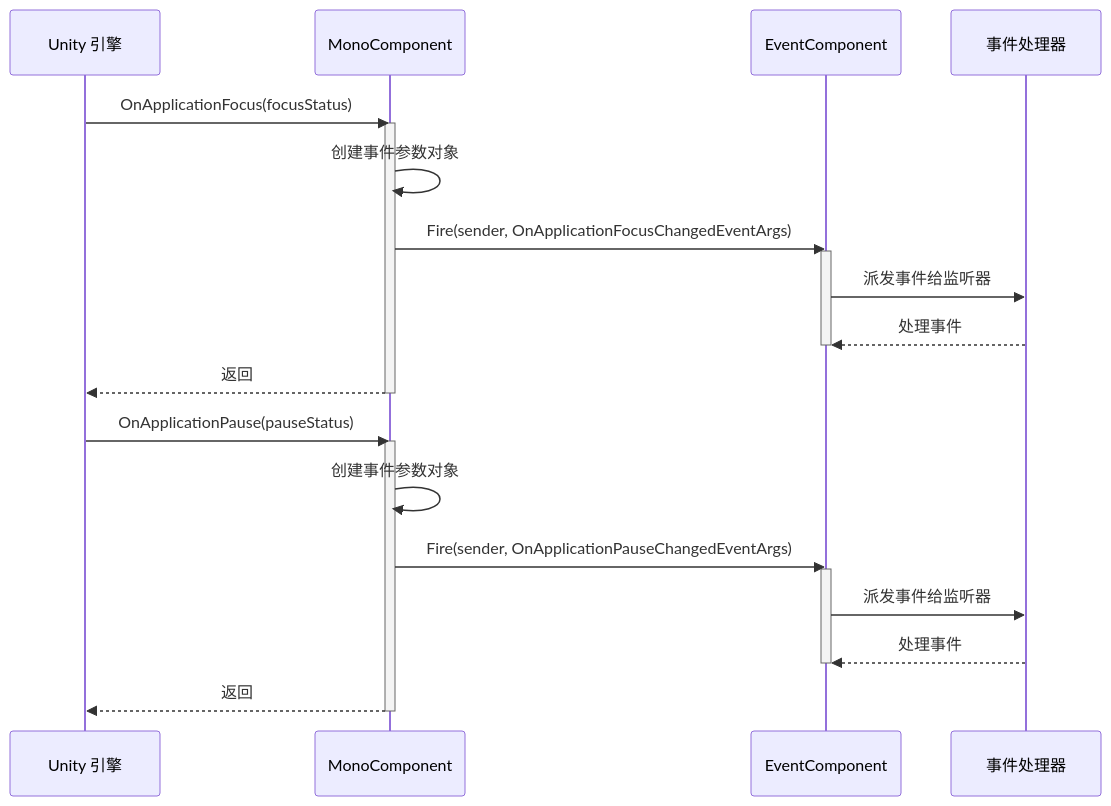
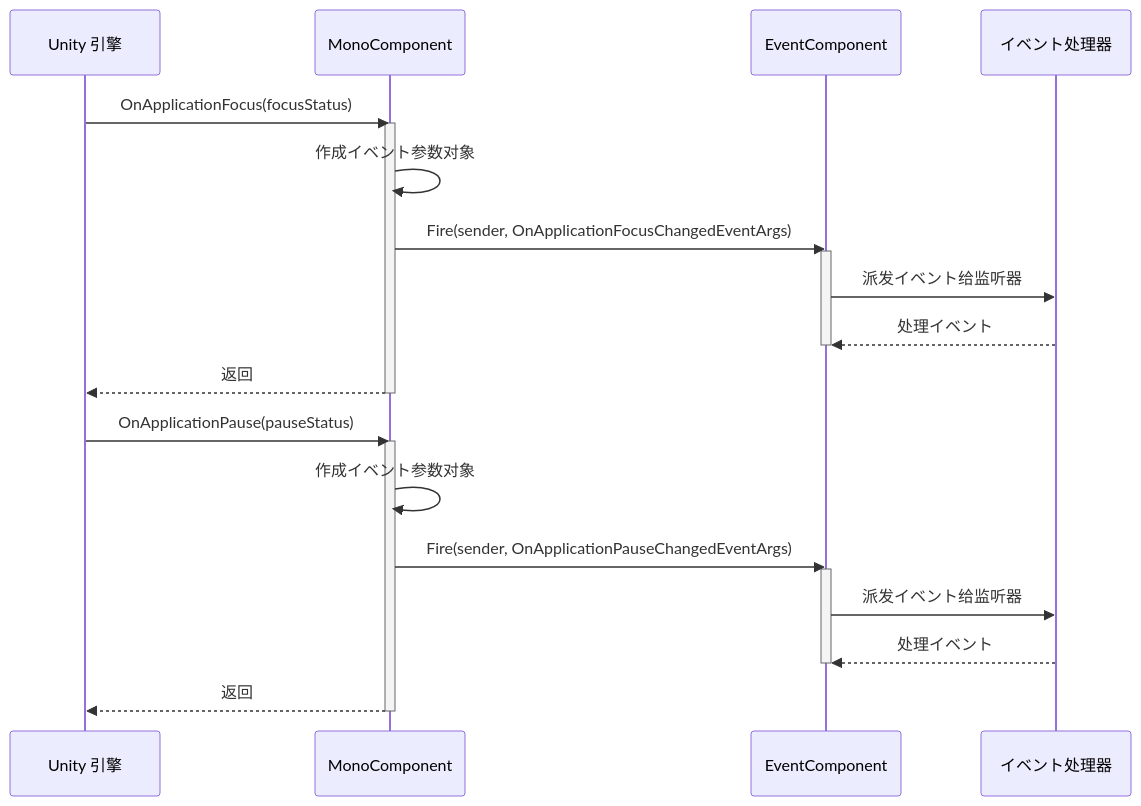
Before and after one commit to AlianBlank/GameFrameX.Docs: the second of 2 diagrams in docs/ja/client/unity/component/mono/04.event-types.md, drawn with Mermaid. The commit also changed other lines of this file and 603 other files, not shown here.

````diff
--- a/docs/ja/client/unity/component/mono/04.event-types.md
+++ b/docs/ja/client/unity/component/mono/04.event-types.md
@@ -164,29 +164,29 @@
 ```mermaid
 sequenceDiagram
     participant Unity as Unity 引擎
     participant MC as MonoComponent
     participant EM as EventComponent
-    participant Handler as 事件处理器
+    participant Handler as イベント处理器
 
     Unity->>MC: OnApplicationFocus(focusStatus)
     activate MC
-    MC->>MC: 创建事件参数对象
+    MC->>MC: 作成イベント参数对象
     MC->>EM: Fire(sender, OnApplicationFocusChangedEventArgs)
     activate EM
-    EM->>Handler: 派发事件给监听器
-    Handler-->>EM: 处理事件
+    EM->>Handler: 派发イベント给监听器
+    Handler-->>EM: 处理イベント
     deactivate EM
     MC-->>Unity: 返回
     deactivate MC
     
     Unity->>MC: OnApplicationPause(pauseStatus)
     activate MC
-    MC->>MC: 创建事件参数对象
+    MC->>MC: 作成イベント参数对象
     MC->>EM: Fire(sender, OnApplicationPauseChangedEventArgs)
     activate EM
-    EM->>Handler: 派发事件给监听器
-    Handler-->>EM: 处理事件
+    EM->>Handler: 派发イベント给监听器
+    Handler-->>EM: 处理イベント
     deactivate EM
     MC-->>Unity: 返回
     deactivate MC
 ```
````
